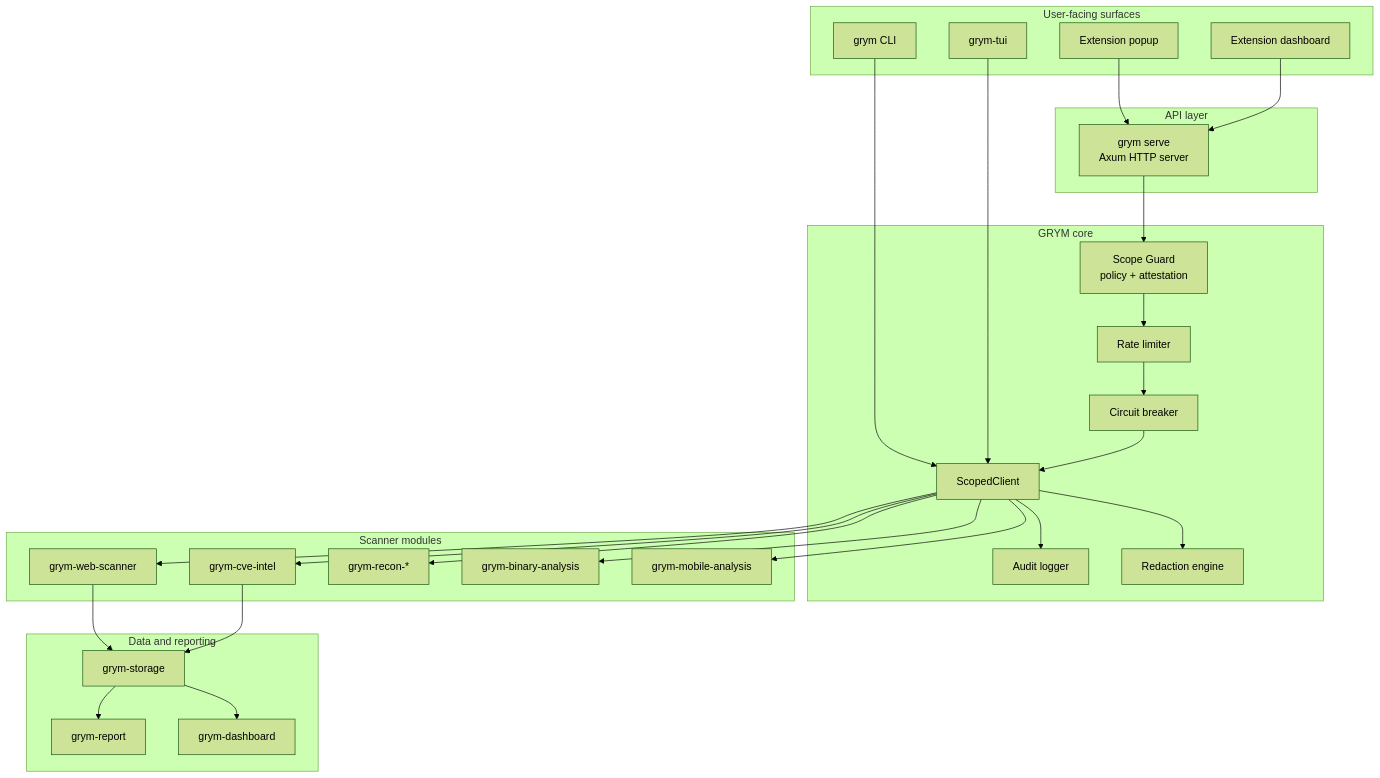
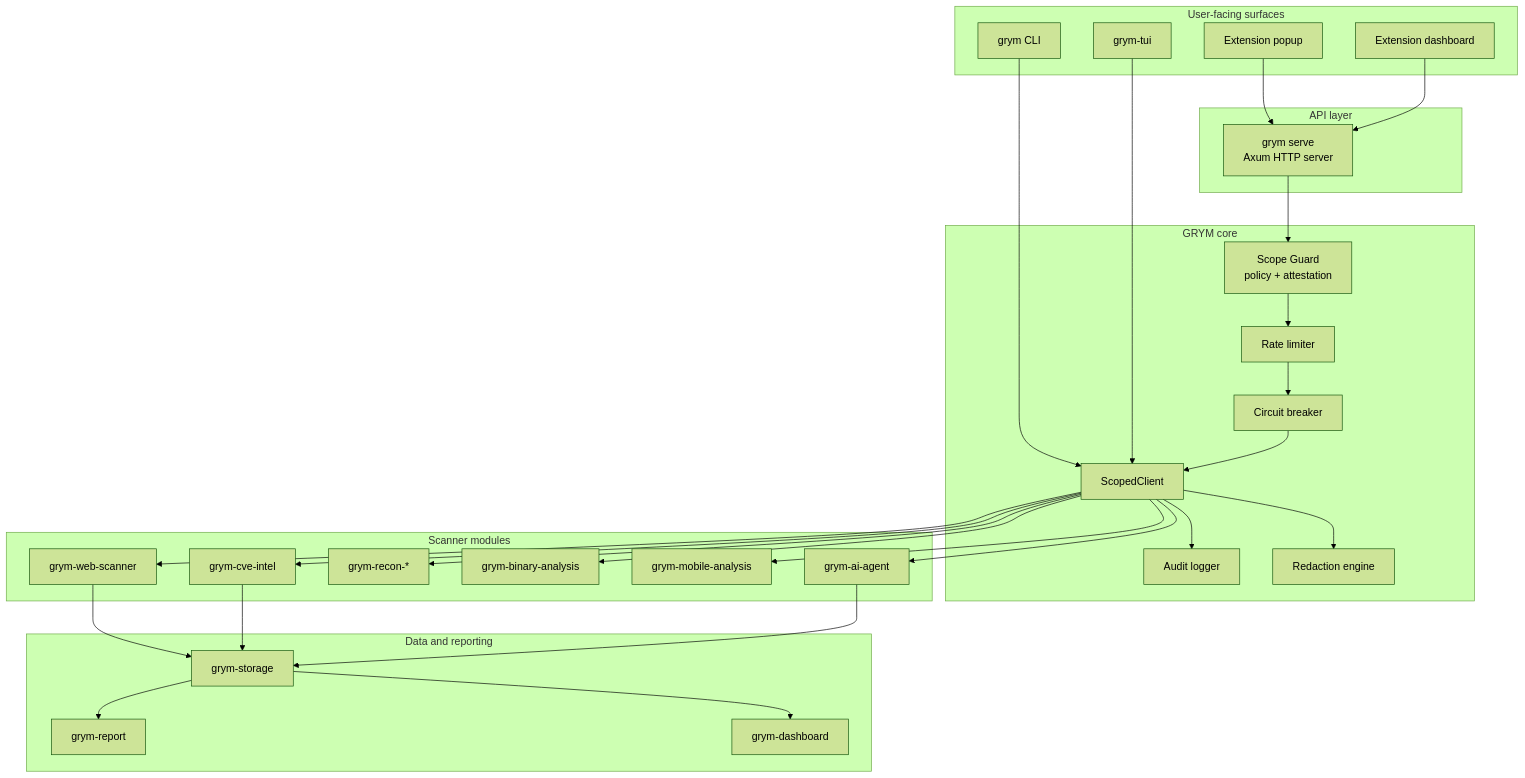
The first of 8 diagrams in docs/ARCHITECTURE.md (Karmanya03/Grym), drawn with Mermaid (forest theme) before and after one commit. The commit also changed other lines of this file and 13 other files, not shown here.

````diff
--- a/docs/ARCHITECTURE.md
+++ b/docs/ARCHITECTURE.md
@@ -38,54 +39,57 @@
 ```mermaid
 flowchart TB
     subgraph user["User-facing surfaces"]
         CLI["grym CLI"]
         TUI["grym-tui"]
         POPUP["Extension popup"]
         DASH["Extension dashboard"]
     end
 
     subgraph api["API layer"]
         SERVE["grym serve<br/>Axum HTTP server"]
     end
 
     subgraph core["GRYM core"]
         SCOPE["Scope Guard<br/>policy + attestation"]
         RATE["Rate limiter"]
         CB["Circuit breaker"]
         AUDIT["Audit logger"]
         REDACT["Redaction engine"]
         CLIENT["ScopedClient"]
     end
 
     subgraph modules["Scanner modules"]
         WEB["grym-web-scanner"]
         CVE["grym-cve-intel"]
         RECON["grym-recon-*"]
         BIN["grym-binary-analysis"]
         MOB["grym-mobile-analysis"]
+        AGENT["grym-ai-agent"]
     end
 
     subgraph data["Data and reporting"]
         STORE["grym-storage"]
         REPORT["grym-report"]
         DASHBOARD["grym-dashboard"]
     end
 
     CLI --> CLIENT
     TUI --> CLIENT
     POPUP --> SERVE
     DASH --> SERVE
     SERVE --> SCOPE
     SCOPE --> RATE --> CB --> CLIENT
     CLIENT --> AUDIT
     CLIENT --> REDACT
     CLIENT --> WEB
     CLIENT --> CVE
     CLIENT --> RECON
     CLIENT --> BIN
     CLIENT --> MOB
+    CLIENT --> AGENT
     WEB --> STORE
     CVE --> STORE
+    AGENT --> STORE
     STORE --> REPORT
     STORE --> DASHBOARD
 ```
````
